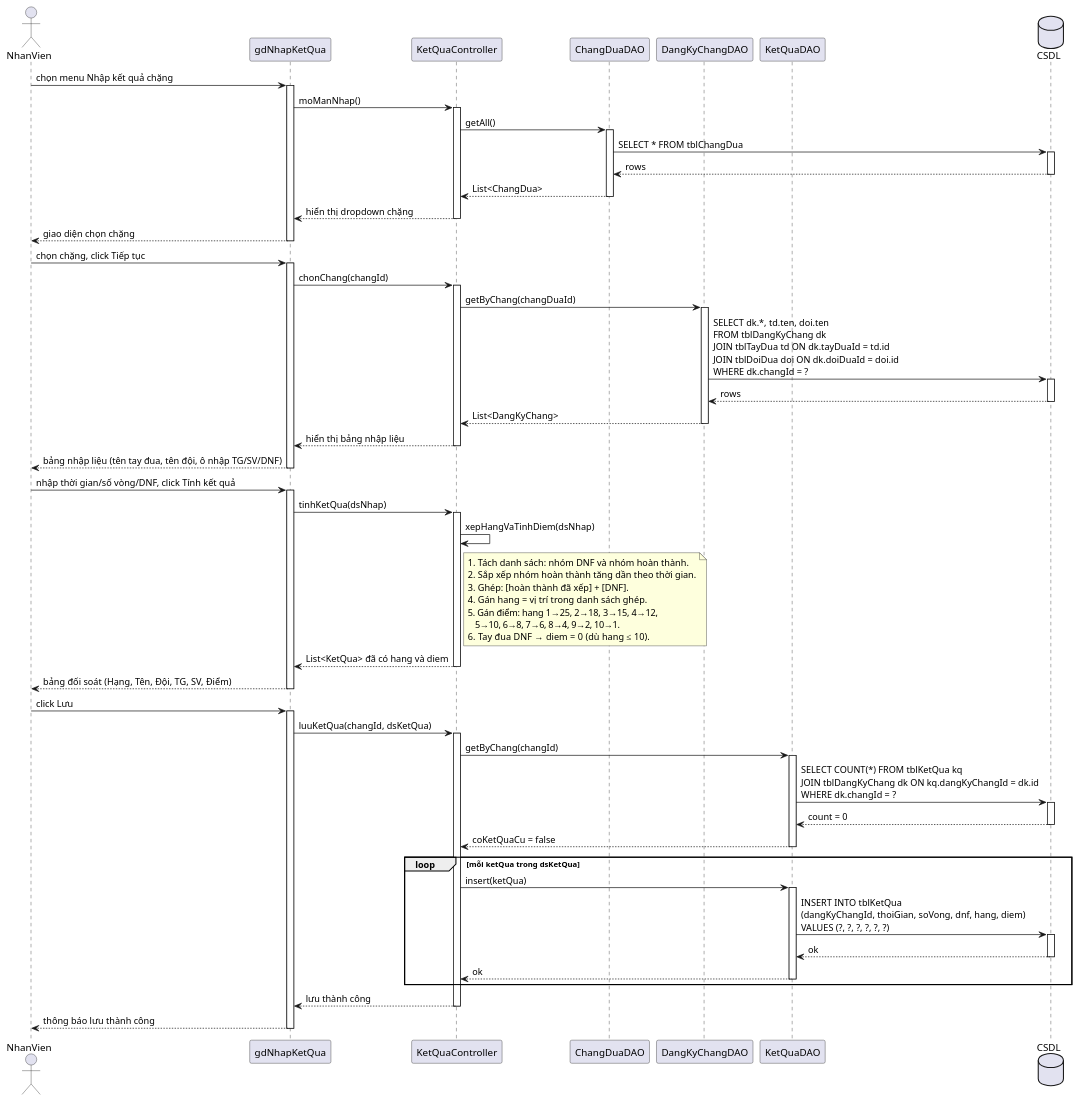
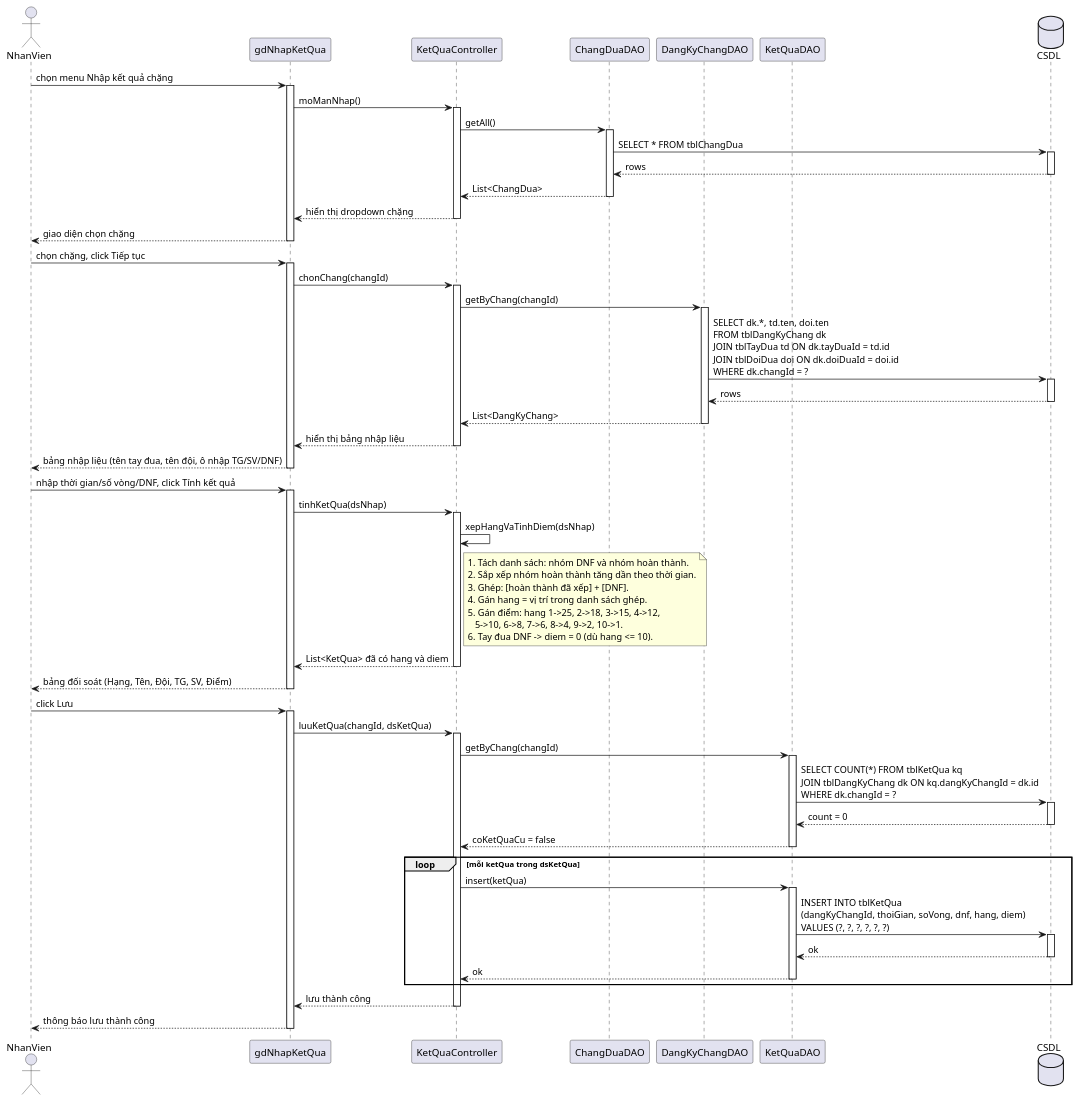
One commit to 7gho/CNPM-He2026 changed the fifth of 6 diagrams in Module 3 - Kiet/noi-dung.md. Above: the diagram before and after it, drawn with PlantUML. The commit also changed other lines of this file and 2 other files, not shown here.

Commit message:
Fix class diagram and add use case diagram

```diff
--- a/Module 3 - Kiet/noi-dung.md
+++ b/Module 3 - Kiet/noi-dung.md
@@ -302,7 +501,7 @@
 activate V
 V -> C : chonChang(changId)
 activate C
-C -> DDAO : getByChang(changDuaId)
+C -> DDAO : getByChang(changId)
 activate DDAO
 DDAO -> DB : SELECT dk.*, td.ten, doi.ten\nFROM tblDangKyChang dk\nJOIN tblTayDua td ON dk.tayDuaId = td.id\nJOIN tblDoiDua doi ON dk.doiDuaId = doi.id\nWHERE dk.changId = ?
 activate DB
@@ -325,9 +524,9 @@
   2. Sắp xếp nhóm hoàn thành tăng dần theo thời gian.
   3. Ghép: [hoàn thành đã xếp] + [DNF].
   4. Gán hang = vị trí trong danh sách ghép.
-  5. Gán điểm: hang 1→25, 2→18, 3→15, 4→12,
-     5→10, 6→8, 7→6, 8→4, 9→2, 10→1.
-  6. Tay đua DNF → diem = 0 (dù hang ≤ 10).
+  5. Gán điểm: hang 1->25, 2->18, 3->15, 4->12,
+     5->10, 6->8, 7->6, 8->4, 9->2, 10->1.
+  6. Tay đua DNF -> diem = 0 (dù hang <= 10).
 end note
 C --> V : List<KetQua> đã có hang và diem
 deactivate C
```
